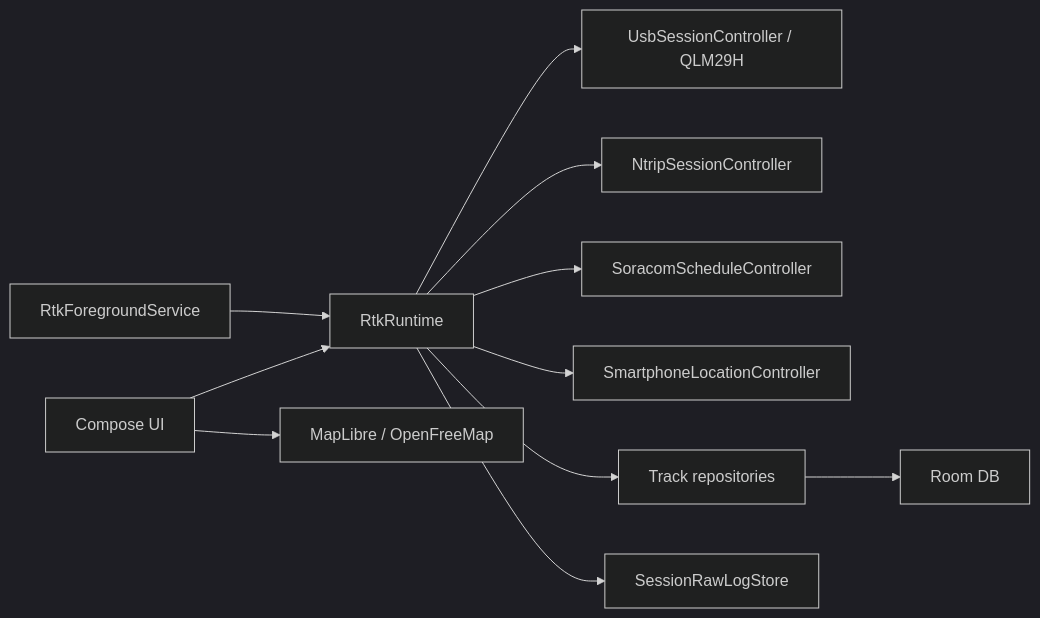
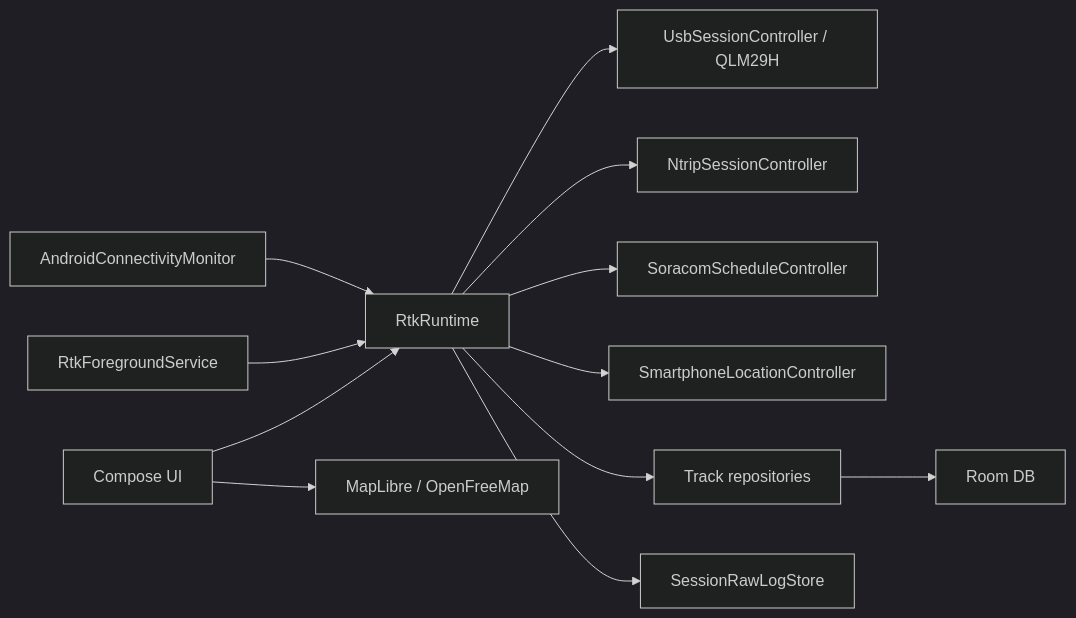
Before and after one commit to soracom-labs/qlm29h-gnss-rtk-android-app-sample: the first of 2 diagrams in docs/ARCHITECTURE.md, drawn with Mermaid (dark theme). The commit also changed other lines of this file and 21 other files, not shown here.

````diff
--- a/docs/ARCHITECTURE.md
+++ b/docs/ARCHITECTURE.md
@@ -5,13 +5,14 @@
 ```mermaid
 flowchart LR
   UI["Compose UI"] --> RT["RtkRuntime"]
   FGS["RtkForegroundService"] --> RT
   RT --> USB["UsbSessionController / QLM29H"]
   RT --> NTRIP["NtripSessionController"]
   RT --> SORACOM["SoracomScheduleController"]
   RT --> SP["SmartphoneLocationController"]
+  NET["AndroidConnectivityMonitor"] --> RT
   RT --> REPO["Track repositories"]
   RT --> RAW["SessionRawLogStore"]
   REPO --> ROOM["Room DB"]
   UI --> MAP["MapLibre / OpenFreeMap"]
 ```
````
